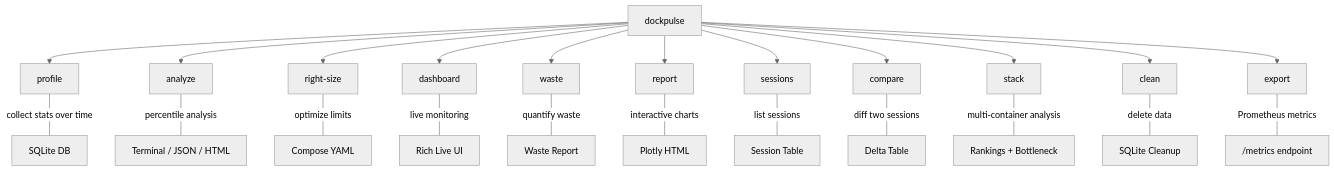
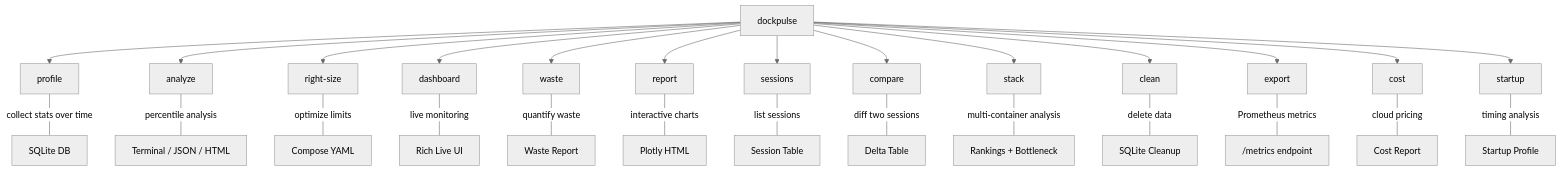
The third of 3 diagrams in README.md (hariharanragothaman/dockpulse), drawn with Mermaid (neutral theme) before and after one commit. The commit also changed other lines of this file and 11 other files, not shown here.

First line of the commit message:
feat: add Grafana dashboards, cloud cost estimation, and startup profiling

````diff
--- a/README.md
+++ b/README.md
@@ -298,39 +370,45 @@
 ```mermaid
 flowchart TD
     CLI["dockpulse"]
     Profile["profile"]
     Analyze["analyze"]
     RightSize["right-size"]
     Dash["dashboard"]
     Waste["waste"]
     Report["report"]
     Sessions["sessions"]
     Compare["compare"]
     Stack["stack"]
     Clean["clean"]
     Export["export"]
+    Cost["cost"]
+    Startup["startup"]
 
     CLI --> Profile
     CLI --> Analyze
     CLI --> RightSize
     CLI --> Dash
     CLI --> Waste
     CLI --> Report
     CLI --> Sessions
     CLI --> Compare
     CLI --> Stack
     CLI --> Clean
     CLI --> Export
+    CLI --> Cost
+    CLI --> Startup
 
     Profile ---|"collect stats over time"| SQLite["SQLite DB"]
     Analyze ---|"percentile analysis"| TermOut["Terminal / JSON / HTML"]
     RightSize ---|"optimize limits"| ComposeOut["Compose YAML"]
     Dash ---|"live monitoring"| LiveUI["Rich Live UI"]
     Waste ---|"quantify waste"| WasteOut["Waste Report"]
     Report ---|"interactive charts"| PlotlyOut["Plotly HTML"]
     Sessions ---|"list sessions"| SessionTable["Session Table"]
     Compare ---|"diff two sessions"| DeltaTable["Delta Table"]
     Stack ---|"multi-container analysis"| StackOut["Rankings + Bottleneck"]
     Clean ---|"delete data"| CleanDB["SQLite Cleanup"]
     Export ---|"Prometheus metrics"| MetricsOut["/metrics endpoint"]
+    Cost ---|"cloud pricing"| CostOut["Cost Report"]
+    Startup ---|"timing analysis"| StartupOut["Startup Profile"]
 ```
````
